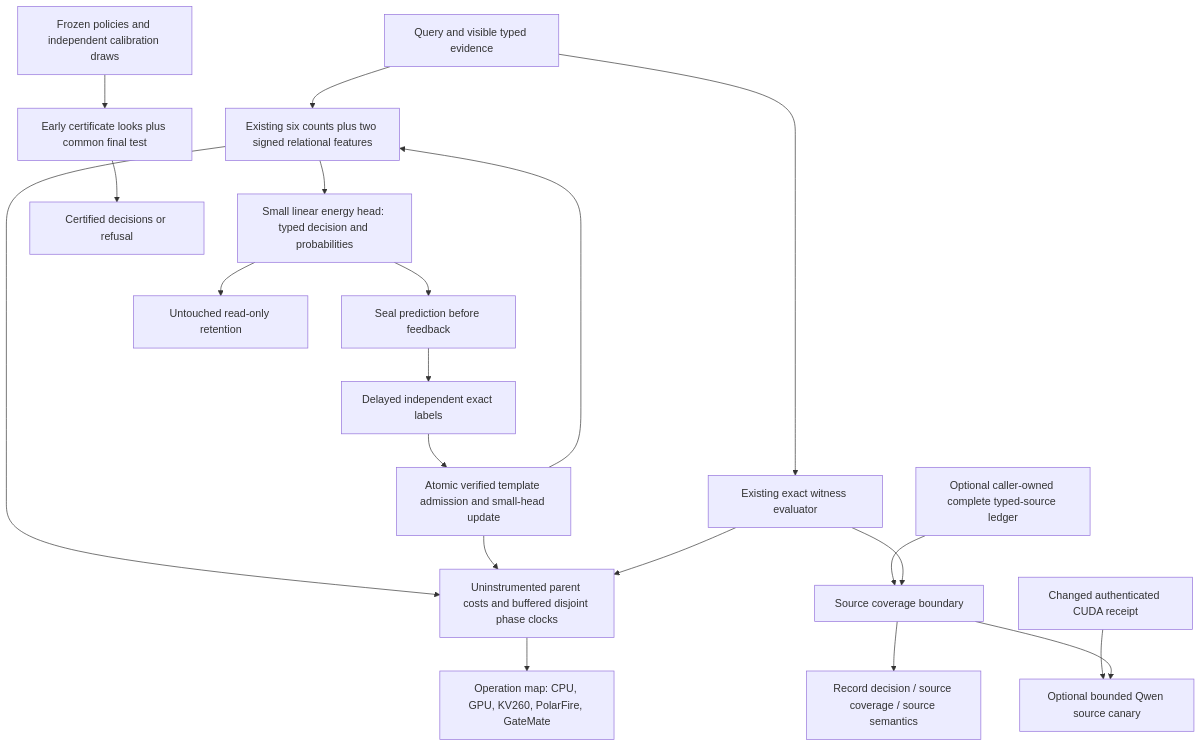
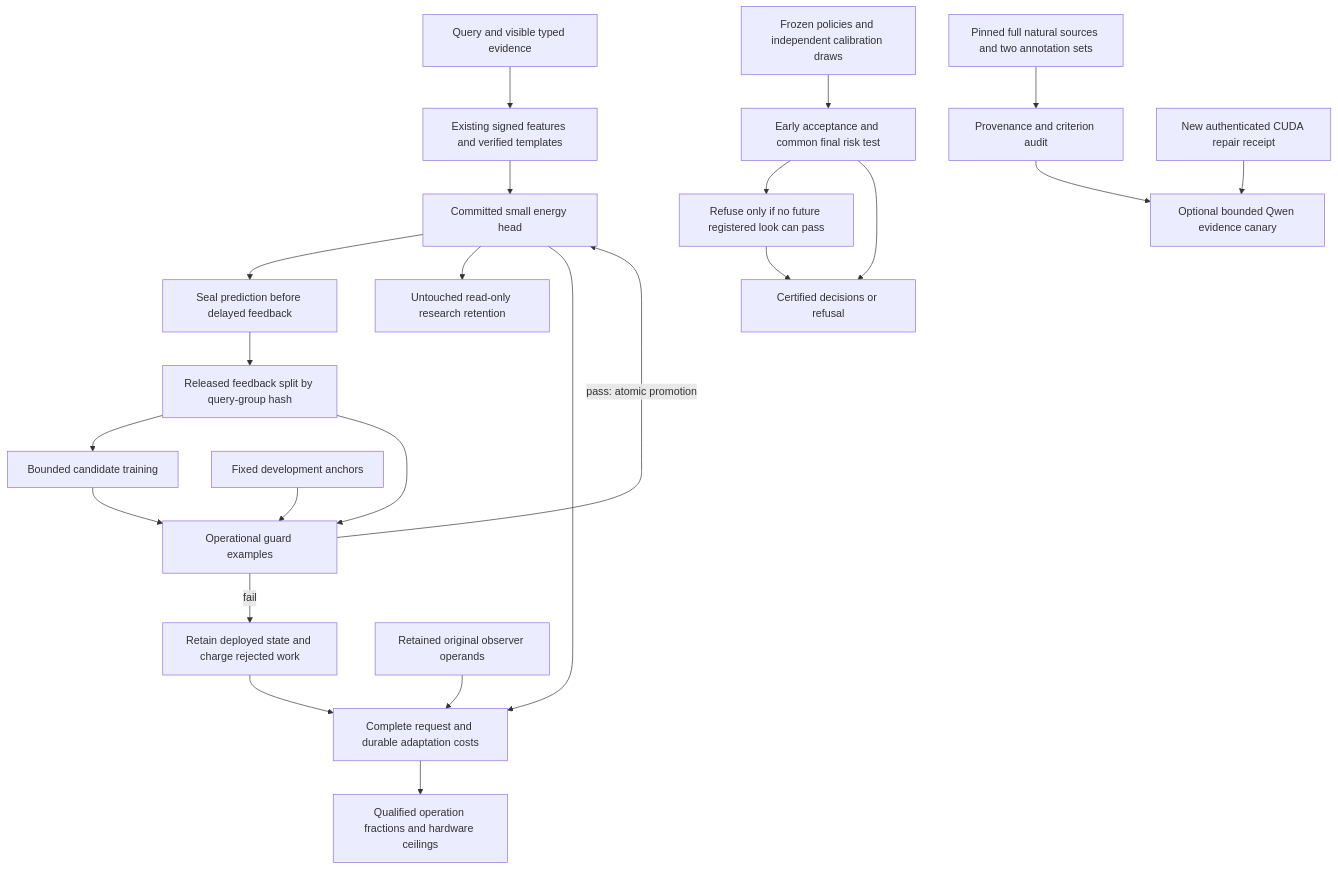
Before and after one commit to Carnot-EBM/carnot-ebm: the first of 2 diagrams in openspec/change-proposals/research-roadmap-vNEXT.md, drawn with Mermaid. The commit also changed other lines of this file and 23 other files, not shown here.

````diff
--- a/openspec/change-proposals/research-roadmap-vNEXT.md
+++ b/openspec/change-proposals/research-roadmap-vNEXT.md
@@ -69,22 +74,25 @@
 ```mermaid
 flowchart TD
-    Q[Query and visible typed evidence] --> O[Existing six counts plus two signed relational features]
-    O --> E[Small linear energy head: typed decision and probabilities]
-    E --> P[Seal prediction before feedback]
-    P --> F[Delayed independent exact labels]
-    F --> M[Atomic verified template admission and small-head update]
-    M --> O
-    E --> R[Untouched read-only retention]
-    Q --> X[Existing exact witness evaluator]
-    L[Optional caller-owned complete typed-source ledger] --> B[Source coverage boundary]
-    X --> B
-    B --> D[Record decision / source coverage / source semantics]
-    C[Frozen policies and independent calibration draws] --> T[Early certificate looks plus common final test]
-    T --> A[Certified decisions or refusal]
-    O --> K[Uninstrumented parent costs and buffered disjoint phase clocks]
-    M --> K
-    X --> K
-    K --> H[Operation map: CPU, GPU, KV260, PolarFire, GateMate]
-    G[Changed authenticated CUDA receipt] --> W[Optional bounded Qwen source canary]
-    B --> W
+    Q[Query and visible typed evidence] --> F[Existing signed features and verified templates]
+    F --> D[Committed small energy head]
+    D --> P[Seal prediction before delayed feedback]
+    P --> S[Released feedback split by query-group hash]
+    S --> T[Bounded candidate training]
+    S --> G[Operational guard examples]
+    A[Fixed development anchors] --> G
+    T --> G
+    G -->|pass: atomic promotion| D
+    G -->|fail| J[Retain deployed state and charge rejected work]
+    D --> R[Untouched read-only research retention]
+    C[Frozen policies and independent calibration draws] --> B[Early acceptance and common final risk test]
+    B --> I[Refuse only if no future registered look can pass]
+    B --> O[Certified decisions or refusal]
+    I --> O
+    N[Pinned full natural sources and two annotation sets] --> V[Provenance and criterion audit]
+    X[New authenticated CUDA repair receipt] --> L[Optional bounded Qwen evidence canary]
+    V --> L
+    H[Retained original observer operands] --> K[Complete request and durable adaptation costs]
+    D --> K
+    J --> K
+    K --> W[Qualified operation fractions and hardware ceilings]
 ```
````
